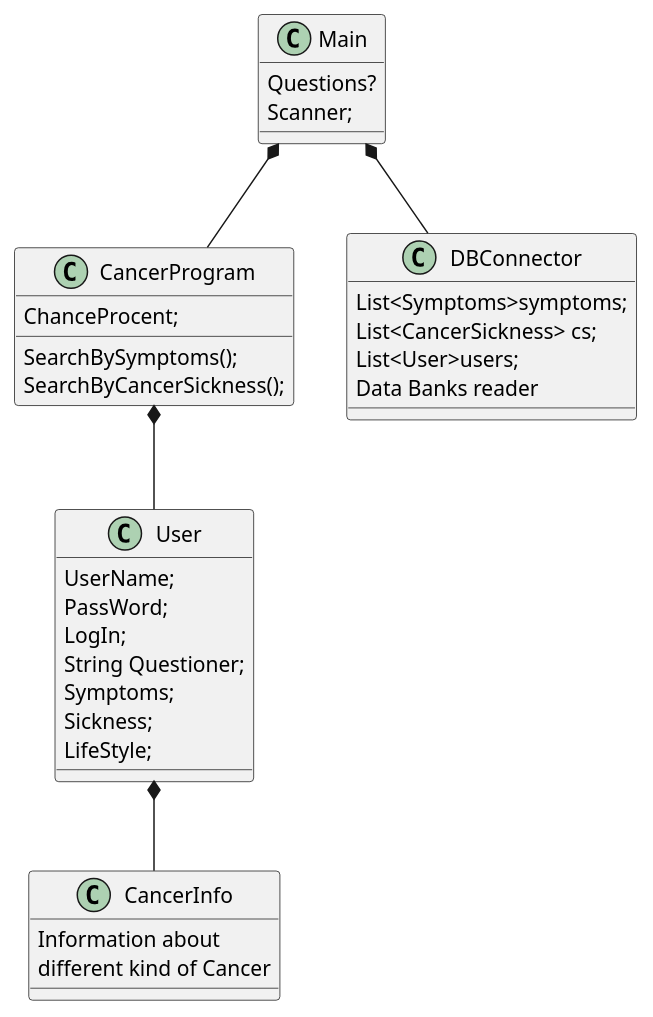
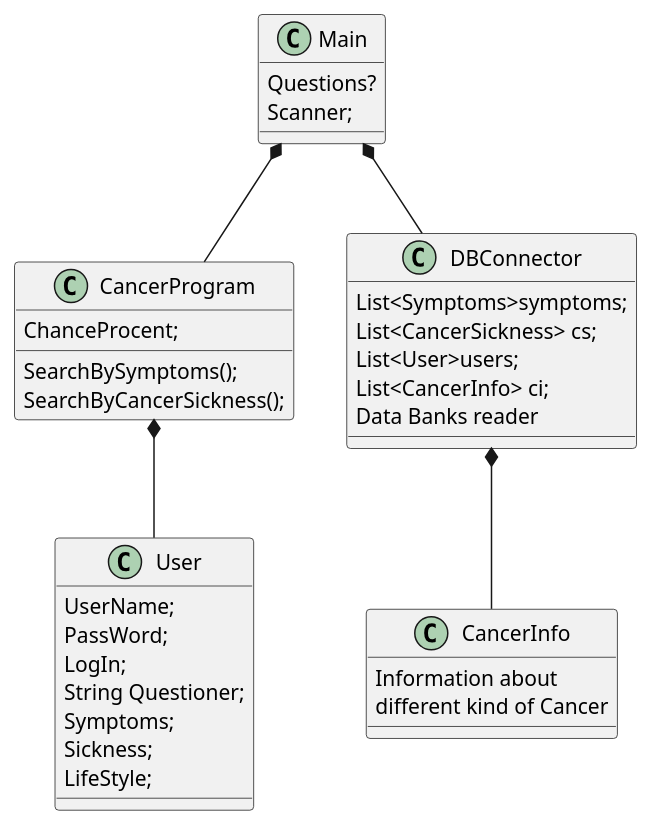
The diagram in src/ICE Gruppe F.puml (Fjumre/ICE-Gruppe-F), drawn with PlantUML before and after one commit.

Commit message:
Update ICE Gruppe F.puml

```diff
--- a/src/ICE Gruppe F.puml
+++ b/src/ICE Gruppe F.puml
@@ -1,46 +1,47 @@
 @startuml
 'https://plantuml.com/sequence-diagram
 
 
 
 Class Main{
 Questions?
 Scanner;
 }
 
 Class CancerProgram{
 
 ChanceProcent;
 SearchBySymptoms();
 SearchByCancerSickness();
 }
 
 Class User{
 UserName;
 PassWord;
 LogIn;
 String Questioner;
 Symptoms;
 Sickness;
 LifeStyle;
 }
 
 Class CancerInfo{
 
 Information about
 different kind of Cancer
 }
 
 Class DBConnector{
 List<Symptoms>symptoms;
 List<CancerSickness> cs;
 List<User>users;
+List<CancerInfo> ci;
 Data Banks reader
 }
 
 Main *-- DBConnector
 Main *-- CancerProgram
 CancerProgram *-- User
-User *-- CancerInfo
+DBConnector *-- CancerInfo
 
 @enduml
```
